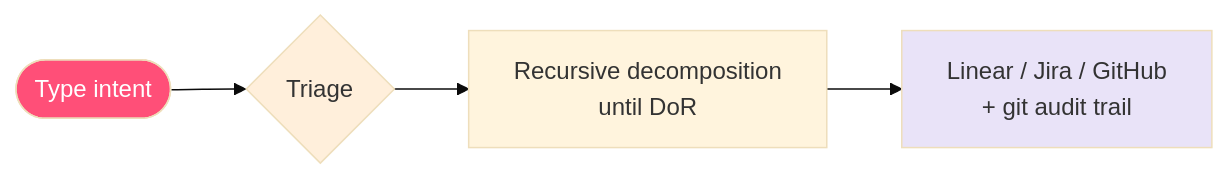
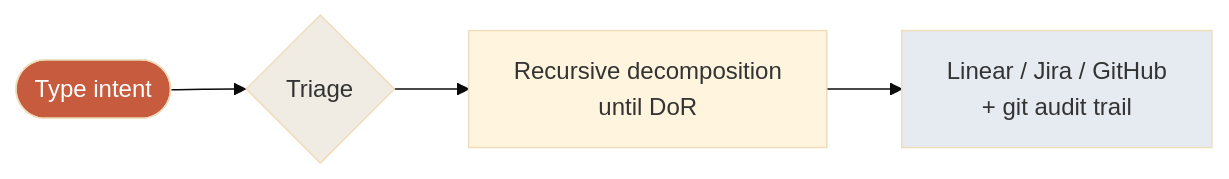
Before and after one commit to nlawstudio/ai-refinement-method: the diagram in QUICKSTART.md, drawn with Mermaid (base theme). The commit also changed 4 other files, not shown here.

````diff
--- a/QUICKSTART.md
+++ b/QUICKSTART.md
@@ -142,10 +142,10 @@
 ```mermaid
 flowchart LR
     Intent([Type intent]) --> Triage{Triage}
     Triage --> Loop[Recursive decomposition<br/>until DoR]
     Loop --> Output[Linear / Jira / GitHub<br/>+ git audit trail]
 
-    style Intent fill:#FF4F78,color:#fff
-    style Triage fill:#FFEFDB
-    style Output fill:#E9E3F8
+    style Intent fill:#C75B3D,color:#fff
+    style Triage fill:#F0ECE4
+    style Output fill:#E6EAF1
 ```
````
